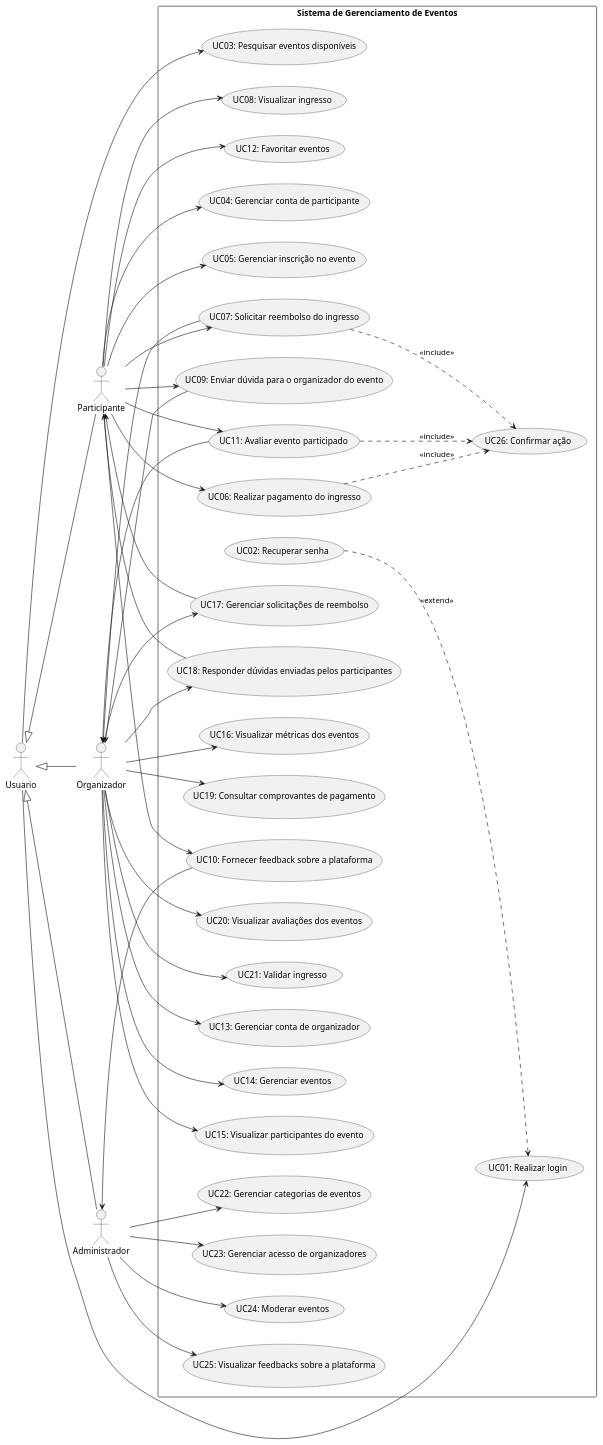
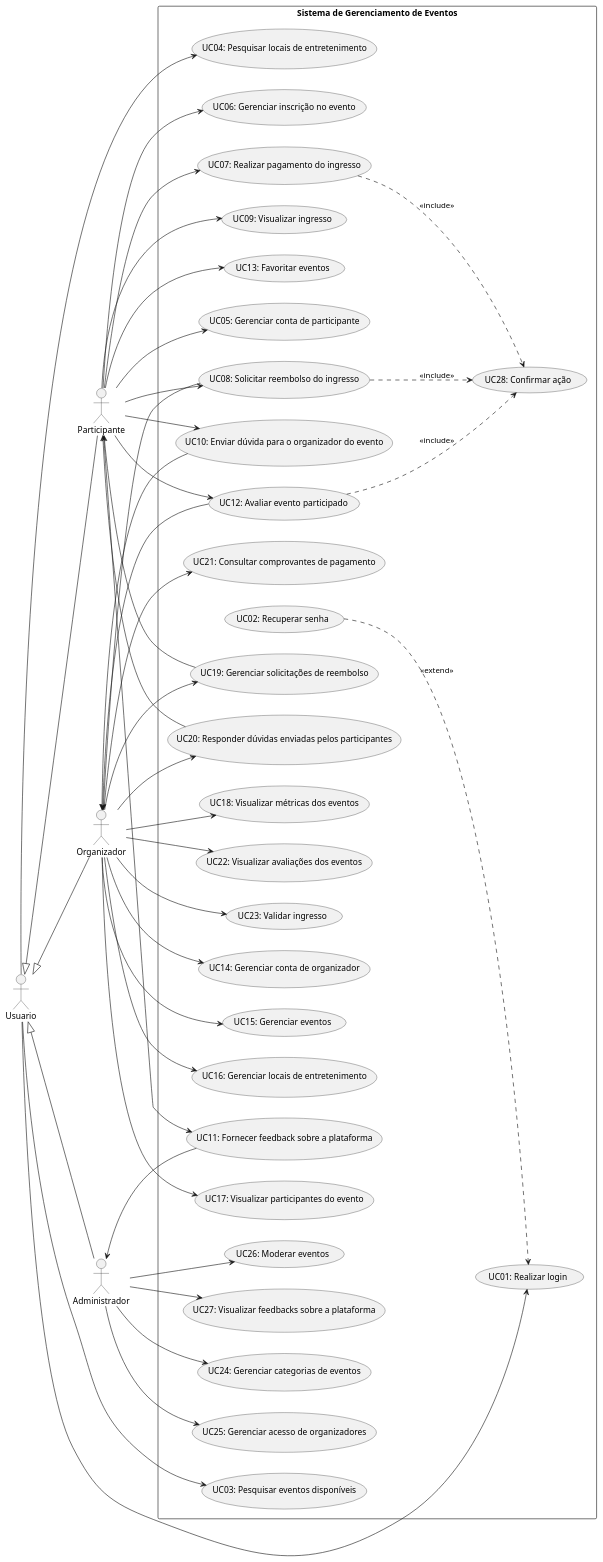
The diagram in codes/use-case-diagram/use-case-diagram.puml (arturbomtempo-learning/software-project-final-work), drawn with PlantUML before and after one commit. The commit also changed 1 other file, not shown here.

Commit message:
docs: update use case diagram

```diff
--- a/codes/use-case-diagram/use-case-diagram.puml
+++ b/codes/use-case-diagram/use-case-diagram.puml
@@ -1,96 +1,100 @@
 @startuml
 left to right direction
 
 skinparam packageStyle rectangle
 
 actor Usuario as User
 actor Participante as Part
 actor Organizador as Org
 actor Administrador as Admin
 
 User <|-- Part
 User <|-- Org
 User <|-- Admin
 
 rectangle "Sistema de Gerenciamento de Eventos" {
     usecase "UC01: Realizar login" as UC_Login
     usecase "UC02: Recuperar senha" as UC_ResetPassword
     usecase "UC03: Pesquisar eventos disponíveis" as UC_SearchEvents
+    usecase "UC04: Pesquisar locais de entretenimento" as UC_SearchLocations
 
-    usecase "UC04: Gerenciar conta de participante" as UC_ManageParticipant
-    usecase "UC05: Gerenciar inscrição no evento" as UC_ManageReservation
-    usecase "UC06: Realizar pagamento do ingresso" as UC_MakePayment
-    usecase "UC07: Solicitar reembolso do ingresso" as UC_RequestRefund
-    usecase "UC08: Visualizar ingresso" as UC_ViewTicket
-    usecase "UC09: Enviar dúvida para o organizador do evento" as UC_SubmitQuestion
-    usecase "UC10: Fornecer feedback sobre a plataforma" as UC_SubmitFeedback
-    usecase "UC11: Avaliar evento participado" as UC_RateEvent
-    usecase "UC12: Favoritar eventos" as UC_BookmarkEvent
+    usecase "UC05: Gerenciar conta de participante" as UC_ManageParticipant
+    usecase "UC06: Gerenciar inscrição no evento" as UC_ManageReservation
+    usecase "UC07: Realizar pagamento do ingresso" as UC_MakePayment
+    usecase "UC08: Solicitar reembolso do ingresso" as UC_RequestRefund
+    usecase "UC09: Visualizar ingresso" as UC_ViewTicket
+    usecase "UC10: Enviar dúvida para o organizador do evento" as UC_SubmitQuestion
+    usecase "UC11: Fornecer feedback sobre a plataforma" as UC_SubmitFeedback
+    usecase "UC12: Avaliar evento participado" as UC_RateEvent
+    usecase "UC13: Favoritar eventos" as UC_BookmarkEvent
 
-    usecase "UC13: Gerenciar conta de organizador" as UC_ManageOrganizer
-    usecase "UC14: Gerenciar eventos" as UC_ManageEvents
-    usecase "UC15: Visualizar participantes do evento" as UC_ViewParticipants
-    usecase "UC16: Visualizar métricas dos eventos" as UC_ViewMetrics
-    usecase "UC17: Gerenciar solicitações de reembolso" as UC_ManageRefund
-    usecase "UC18: Responder dúvidas enviadas pelos participantes" as UC_AnswerQuestions
-    usecase "UC19: Consultar comprovantes de pagamento" as UC_SearchReceipts
-    usecase "UC20: Visualizar avaliações dos eventos" as UC_ViewReviews
-    usecase "UC21: Validar ingresso" as UC_ValidateTicket
+    usecase "UC14: Gerenciar conta de organizador" as UC_ManageOrganizer
+    usecase "UC15: Gerenciar eventos" as UC_ManageEvents
+    usecase "UC16: Gerenciar locais de entretenimento" as UC_ManageLocation
+    usecase "UC17: Visualizar participantes do evento" as UC_ViewParticipants
+    usecase "UC18: Visualizar métricas dos eventos" as UC_ViewMetrics
+    usecase "UC19: Gerenciar solicitações de reembolso" as UC_ManageRefund
+    usecase "UC20: Responder dúvidas enviadas pelos participantes" as UC_AnswerQuestions
+    usecase "UC21: Consultar comprovantes de pagamento" as UC_SearchReceipts
+    usecase "UC22: Visualizar avaliações dos eventos" as UC_ViewReviews
+    usecase "UC23: Validar ingresso" as UC_ValidateTicket
 
-    usecase "UC22: Gerenciar categorias de eventos" as UC_ManageCategories
-    usecase "UC23: Gerenciar acesso de organizadores" as UC_ManageAccess
-    usecase "UC24: Moderar eventos" as UC_ModerateEvents
-    usecase "UC25: Visualizar feedbacks sobre a plataforma" as UC_ViewFeedbacks
+    usecase "UC24: Gerenciar categorias de eventos" as UC_ManageCategories
+    usecase "UC25: Gerenciar acesso de organizadores" as UC_ManageAccess
+    usecase "UC26: Moderar eventos" as UC_ModerateEvents
+    usecase "UC27: Visualizar feedbacks sobre a plataforma" as UC_ViewFeedbacks
 
-    usecase "UC26: Confirmar ação" as UC_ConfirmAction
+    usecase "UC28: Confirmar ação" as UC_ConfirmAction
 }
 
 User --> UC_Login
 User --> UC_SearchEvents
+User --> UC_SearchLocations
 
 Part --> UC_ManageParticipant
 Part --> UC_ManageReservation
 Part --> UC_MakePayment
 Part --> UC_ViewTicket
 
 Part --> UC_RequestRefund
 UC_RequestRefund --> Org
 
 Part --> UC_SubmitQuestion
 UC_SubmitQuestion --> Org
 
 Part --> UC_SubmitFeedback
 UC_SubmitFeedback --> Admin
 
 Part --> UC_RateEvent
 UC_RateEvent --> Org
 
 Part --> UC_BookmarkEvent
 
 Org --> UC_ManageOrganizer
 Org --> UC_ManageEvents
+Org --> UC_ManageLocation
 Org --> UC_ViewParticipants
 Org --> UC_ViewMetrics
 
 Org --> UC_ManageRefund
 UC_ManageRefund --> Part
 
 Org --> UC_AnswerQuestions
 UC_AnswerQuestions --> Part
 
 Org --> UC_SearchReceipts
 Org --> UC_ViewReviews
 Org --> UC_ValidateTicket
 
 Admin --> UC_ManageCategories
 Admin --> UC_ManageAccess
 Admin --> UC_ModerateEvents
 Admin --> UC_ViewFeedbacks
 
 UC_MakePayment ..> UC_ConfirmAction : <<include>>
 UC_RequestRefund ..> UC_ConfirmAction : <<include>>
 UC_RateEvent ..> UC_ConfirmAction : <<include>>
 
 UC_ResetPassword ..> UC_Login : <<extend>>
 
 @enduml
```
